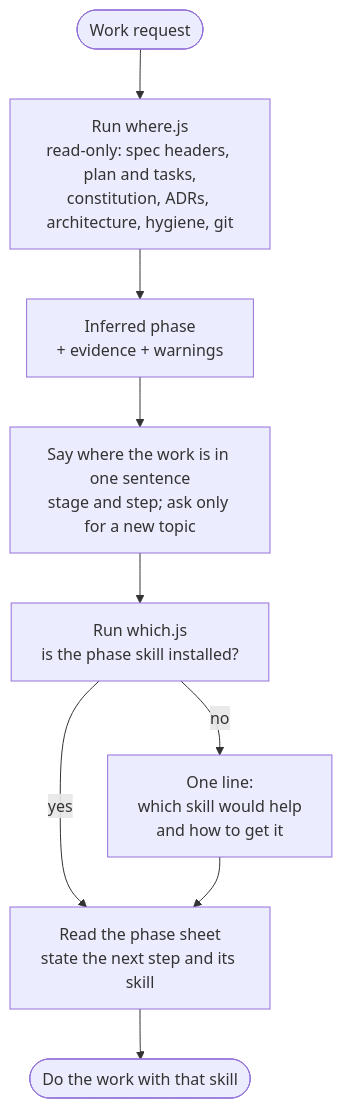
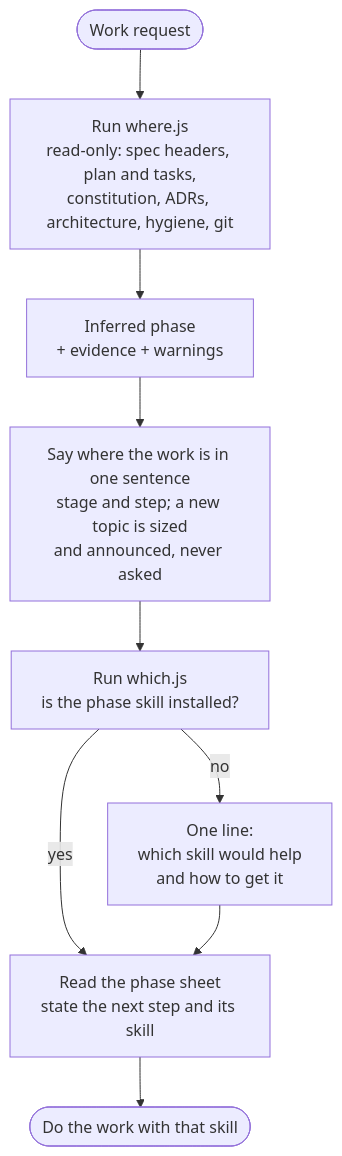
The third of 3 diagrams in docs/sdlc-flow.md (PapiScholz/SDLC-Assist), drawn with Mermaid before and after one commit. The commit also changed other lines of this file and 19 other files, not shown here.

````diff
--- a/docs/sdlc-flow.md
+++ b/docs/sdlc-flow.md
@@ -66,11 +66,11 @@
 ```mermaid
 flowchart TD
     S([Work request]) --> W["Run where.js<br/>read-only: spec headers, plan and tasks,<br/>constitution, ADRs, architecture, hygiene, git"]
     W --> I["Inferred phase<br/>+ evidence + warnings"]
-    I --> Q["Say where the work is in one sentence<br/>stage and step; ask only for a new topic"]
+    I --> Q["Say where the work is in one sentence<br/>stage and step; a new topic is sized<br/>and announced, never asked"]
     Q --> K["Run which.js<br/>is the phase skill installed?"]
     K -->|no| M["One line:<br/>which skill would help<br/>and how to get it"]
     K -->|yes| N
     M --> N["Read the phase sheet<br/>state the next step and its skill"]
     N --> Z([Do the work with that skill])
 ```
````
